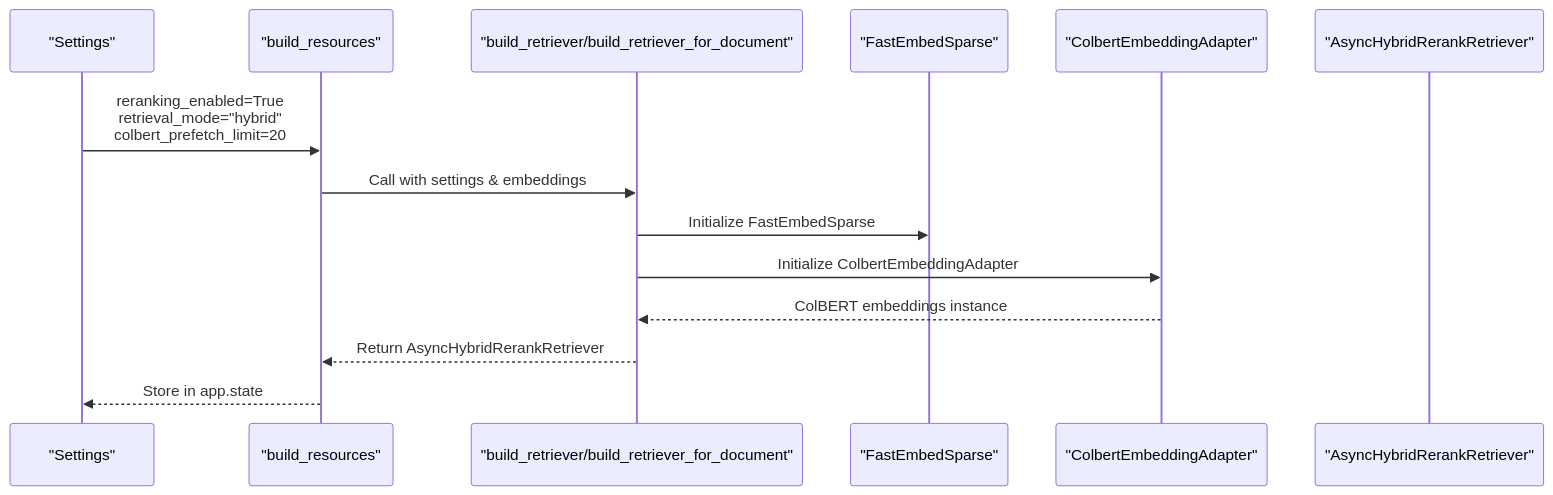
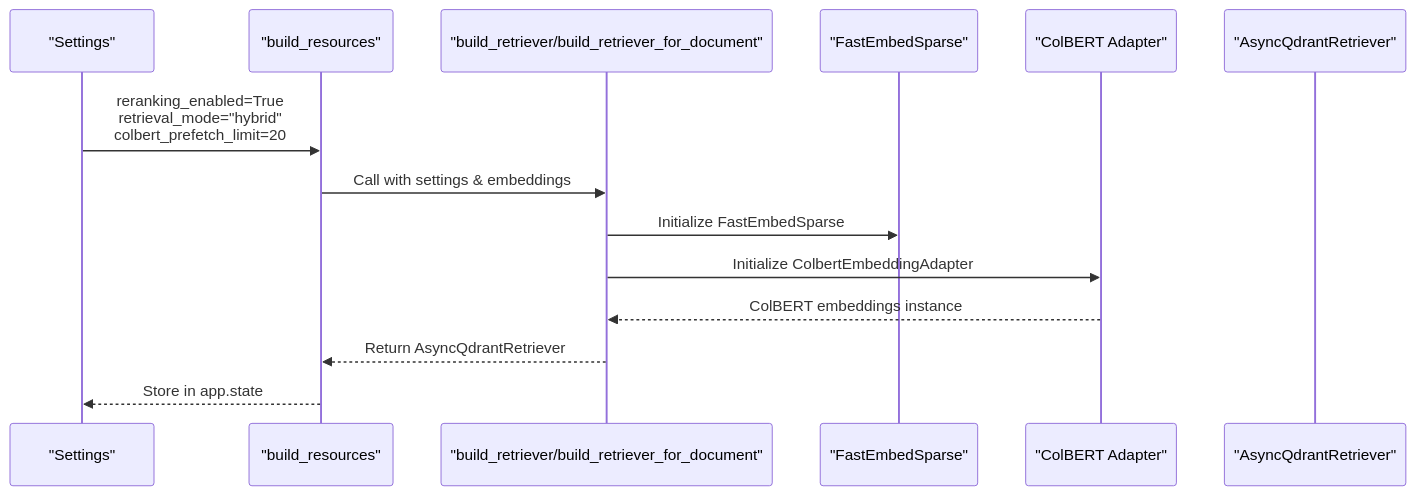
One commit to ognelis/cafetera_hr_bot changed the fifth of 11 diagrams in .qoder/repowiki/en/content/RAG Integration/RAG Parser Enhancement.md. Above: the diagram before and after it, drawn with Mermaid. The commit also changed other lines of this file and 14 other files, not shown here.

````diff
--- a/.qoder/repowiki/en/content/RAG Integration/RAG Parser Enhancement.md
+++ b/.qoder/repowiki/en/content/RAG Integration/RAG Parser Enhancement.md
@@ -275,16 +265,16 @@
 ```mermaid
 sequenceDiagram
 participant Settings as "Settings"
 participant Resources as "build_resources"
 participant Retriever as "build_retriever/build_retriever_for_document"
 participant Sparse as "FastEmbedSparse"
-participant ColBERT as "ColbertEmbeddingAdapter"
-participant Hybrid as "AsyncHybridRerankRetriever"
+participant ColBERT as "ColBERT Adapter"
+participant Hybrid as "AsyncQdrantRetriever"
 Settings->>Resources : reranking_enabled=True<br/>retrieval_mode="hybrid"<br/>colbert_prefetch_limit=20
 Resources->>Retriever : Call with settings & embeddings
 Retriever->>Sparse : Initialize FastEmbedSparse
 Retriever->>ColBERT : Initialize ColbertEmbeddingAdapter
 ColBERT-->>Retriever : ColBERT embeddings instance
-Retriever-->>Resources : Return AsyncHybridRerankRetriever
+Retriever-->>Resources : Return AsyncQdrantRetriever
 Resources-->>Settings : Store in app.state
 ```
````
